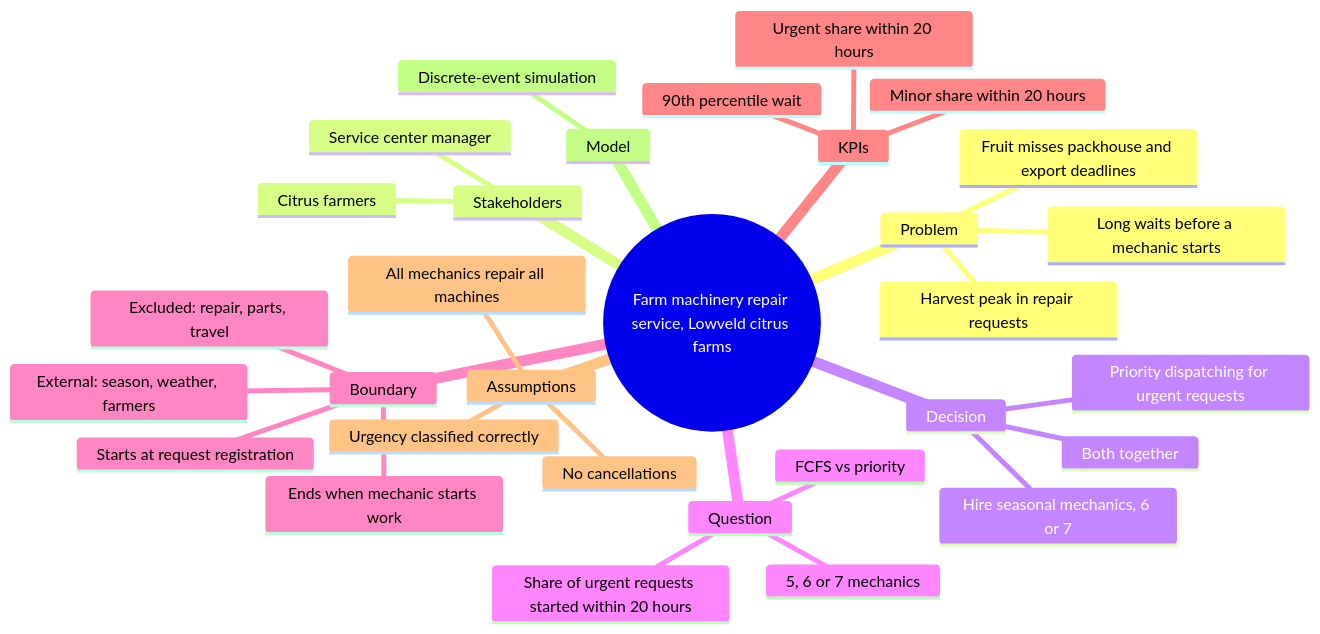
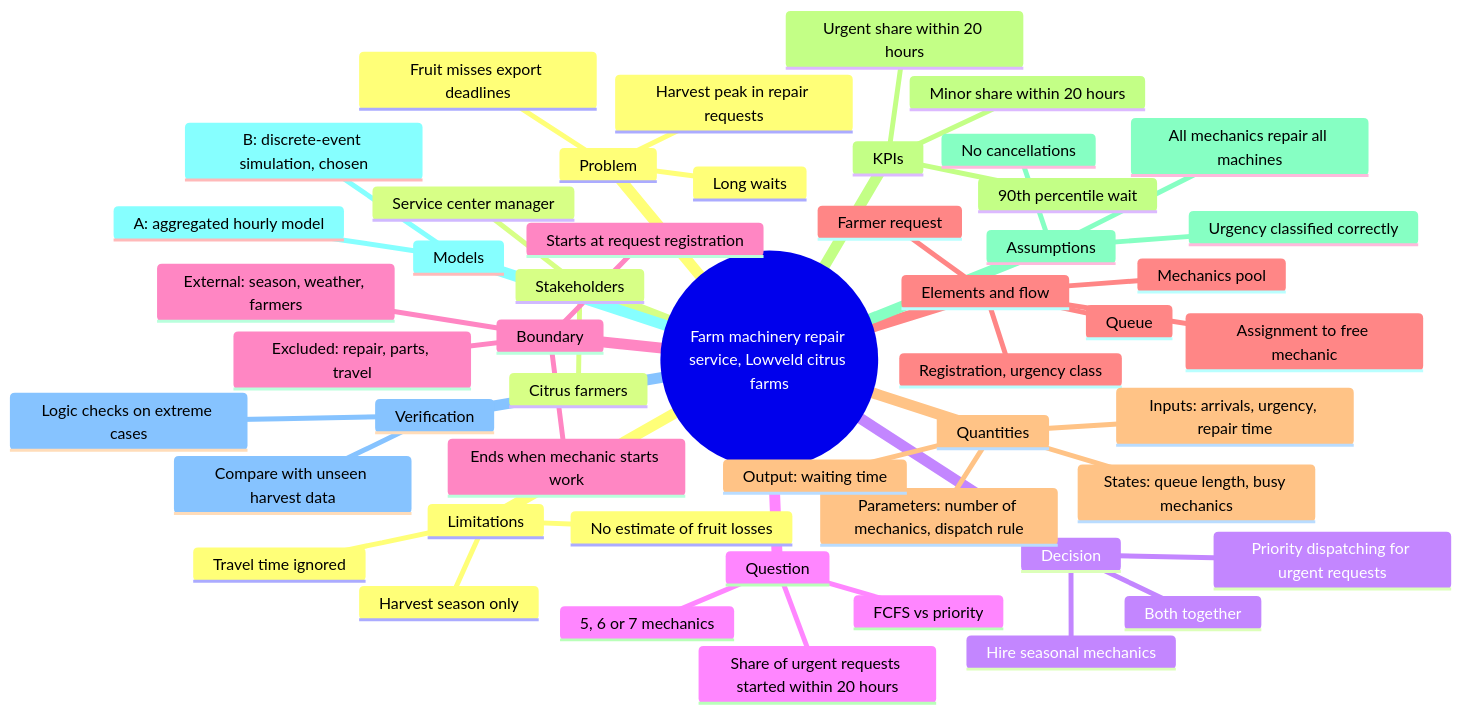
One commit to Timana442/Citrus-Farm-Repair-Model changed the first of 2 diagrams in README.md. Above: the diagram before and after it, drawn with Mermaid.

Commit message:
Clarify models and update problem statement in README
Updated the README to clarify the model types and their verification process, and refined the problem statement regarding delays in mechanic response times.

````diff
--- a/README.md
+++ b/README.md
@@ -5,34 +5,53 @@
 ```mermaid
 mindmap
   root((Farm machinery repair service, Lowveld citrus farms))
     Problem
       Harvest peak in repair requests
-      Long waits before a mechanic starts
-      Fruit misses packhouse and export deadlines
+      Long waits
+      Fruit misses export deadlines
     Stakeholders
       Service center manager
       Citrus farmers
     Decision
-      Hire seasonal mechanics, 6 or 7
+      Hire seasonal mechanics
       Priority dispatching for urgent requests
       Both together
     Question
       Share of urgent requests started within 20 hours
       5, 6 or 7 mechanics
       FCFS vs priority
     Boundary
       Starts at request registration
       Ends when mechanic starts work
       External: season, weather, farmers
       Excluded: repair, parts, travel
+    Elements and flow
+      Farmer request
+      Registration, urgency class
+      Queue
+      Assignment to free mechanic
+      Mechanics pool
+    Quantities
+      Inputs: arrivals, urgency, repair time
+      States: queue length, busy mechanics
+      Parameters: number of mechanics, dispatch rule
+      Output: waiting time
     KPIs
       Urgent share within 20 hours
       90th percentile wait
       Minor share within 20 hours
     Assumptions
       All mechanics repair all machines
       Urgency classified correctly
       No cancellations
-    Model
-      Discrete-event simulation
+    Models
+      A: aggregated hourly model
+      B: discrete-event simulation, chosen
+    Verification
+      Logic checks on extreme cases
+      Compare with unseen harvest data
+    Limitations
+      No estimate of fruit losses
+      Harvest season only
+      Travel time ignored
 ```
````
